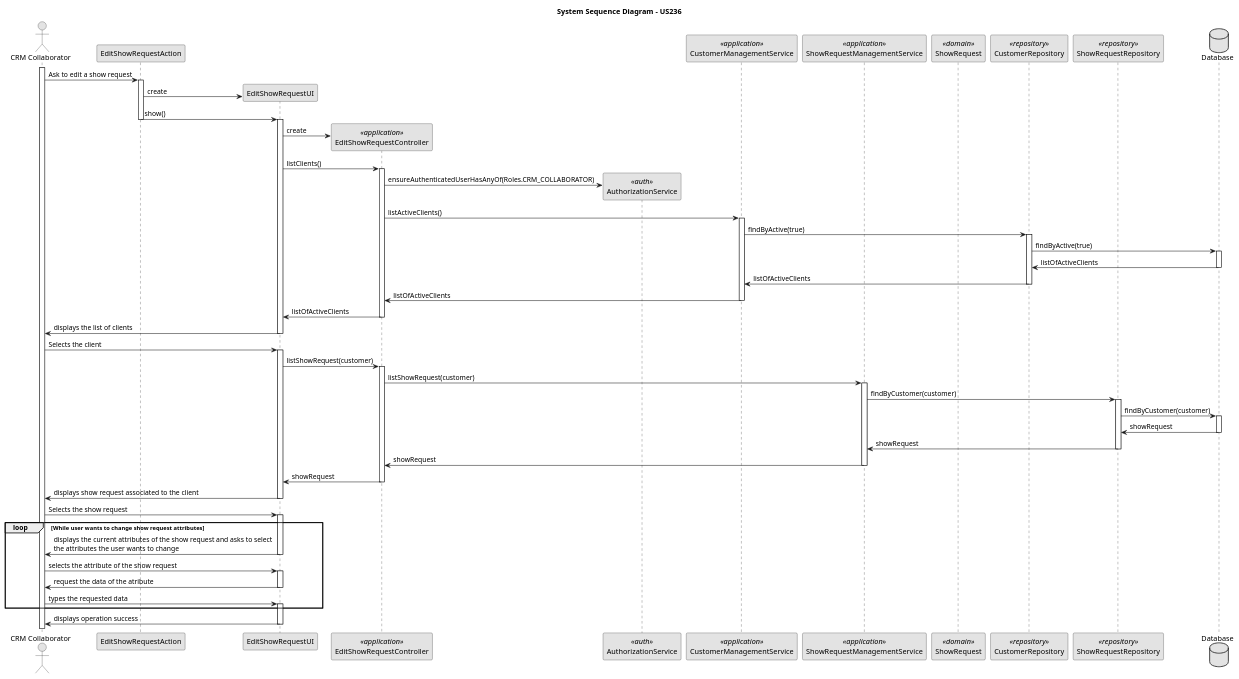
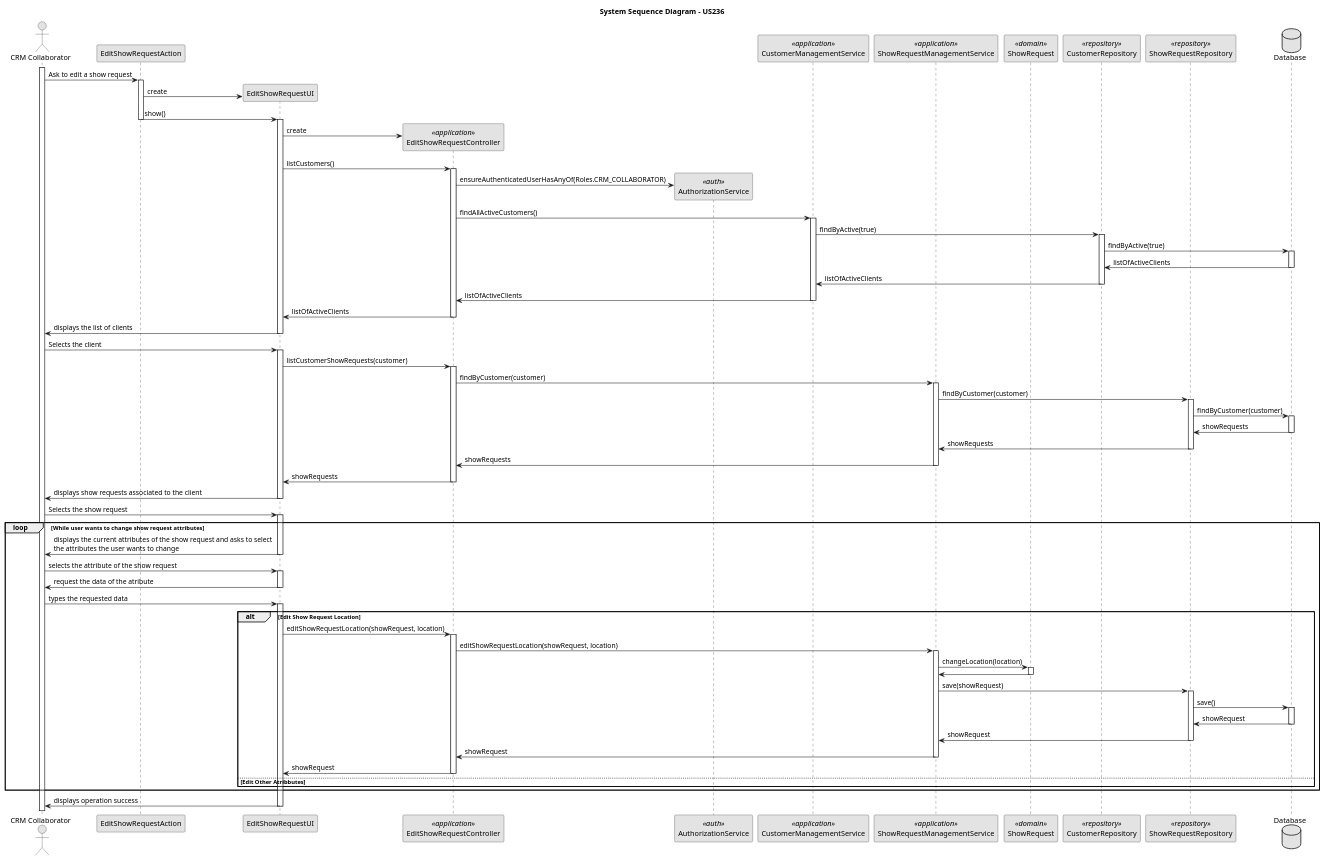
Before and after one commit to rubenFreitas1/ISEP-LAPR4-2024-2025: the diagram in docs/Sprint2/us_236/diagrams/sequence-diagram-US236.puml, drawn with PlantUML. The commit also changed 1 other file, not shown here.

```diff
--- a/docs/Sprint2/us_236/diagrams/sequence-diagram-US236.puml
+++ b/docs/Sprint2/us_236/diagrams/sequence-diagram-US236.puml
@@ -1,109 +1,141 @@
 @startuml
 skinparam monochrome true
 skinparam packageStyle rectangle
 skinparam shadowing false
 
 actor "CRM Collaborator" as crmCollaborator
 participant "EditShowRequestAction" as ACTION
 participant "EditShowRequestUI" as UI
 participant "EditShowRequestController" as CTRL <<application>>
 participant "AuthorizationService" as AuthorizationService <<auth>>
 participant "CustomerManagementService" as CustomerManagementService <<application>>
 participant "ShowRequestManagementService" as ShowRequestManagementService <<application>>
 participant "ShowRequest" as ShowRequest <<domain>>
 participant "CustomerRepository" as CustomerRepository <<repository>>
 participant "ShowRequestRepository" as ShowRequestRepository <<repository>>
 database "Database" as Database
 
 title System Sequence Diagram - US236
 
- activate crmCollaborator
+activate crmCollaborator
 
      crmCollaborator -> ACTION : Ask to edit a show request
      activate ACTION
 
         ACTION -> UI**: create
         ACTION -> UI : show()
         deactivate ACTION
 
         activate UI
 
             UI -> CTRL**: create
-            UI -> CTRL : listClients()
+            UI -> CTRL : listCustomers()
             activate CTRL
 
                 CTRL -> AuthorizationService** : ensureAuthenticatedUserHasAnyOf(Roles.CRM_COLLABORATOR)
-                CTRL -> CustomerManagementService : listActiveClients()
+                CTRL -> CustomerManagementService : findAllActiveCustomers()
                 activate CustomerManagementService
 
                     CustomerManagementService -> CustomerRepository : findByActive(true)
                     activate CustomerRepository
 
                         CustomerRepository -> Database : findByActive(true)
                         activate Database
 
                             Database -> CustomerRepository : listOfActiveClients
                         deactivate Database
 
                         CustomerRepository -> CustomerManagementService : listOfActiveClients
                     deactivate CustomerRepository
 
                     CustomerManagementService -> CTRL : listOfActiveClients
                 deactivate CustomerManagementService
 
                 CTRL -> UI : listOfActiveClients
             deactivate CTRL
             UI -> crmCollaborator : displays the list of clients
      deactivate UI
 
      crmCollaborator -> UI : Selects the client
      activate UI
 
-        UI -> CTRL : listShowRequest(customer)
+        UI -> CTRL : listCustomerShowRequests(customer)
         activate CTRL
 
-            CTRL -> ShowRequestManagementService : listShowRequest(customer)
+            CTRL -> ShowRequestManagementService : findByCustomer(customer)
             activate ShowRequestManagementService
 
                 ShowRequestManagementService -> ShowRequestRepository : findByCustomer(customer)
                 activate ShowRequestRepository
 
                     ShowRequestRepository -> Database : findByCustomer(customer)
                     activate Database
 
-                        Database -> ShowRequestRepository : showRequest
+                        Database -> ShowRequestRepository : showRequests
                     deactivate Database
 
-                    ShowRequestRepository -> ShowRequestManagementService : showRequest
+                    ShowRequestRepository -> ShowRequestManagementService : showRequests
                 deactivate ShowRequestRepository
 
-                ShowRequestManagementService -> CTRL : showRequest
+                ShowRequestManagementService -> CTRL : showRequests
             deactivate ShowRequestManagementService
 
-            CTRL -> UI : showRequest
+            CTRL -> UI : showRequests
         deactivate CTRL
 
-        UI -> crmCollaborator : displays show request associated to the client
+        UI -> crmCollaborator : displays show requests associated to the client
      deactivate UI
 
      crmCollaborator -> UI : Selects the show request
      activate UI
 
           loop While user wants to change show request attributes
           UI -> crmCollaborator : displays the current attributes of the show request and asks to select \nthe attributes the user wants to change
      deactivate UI
 
      crmCollaborator -> UI : selects the attribute of the show request
      activate UI
 
         UI -> crmCollaborator : request the data of the atribute
      deactivate UI
 
      crmCollaborator -> UI: types the requested data
      activate UI
 
-         end
-         UI -> crmCollaborator : displays operation success
+        alt Edit Show Request Location
+        UI -> CTRL : editShowRequestLocation(showRequest, location)
+        activate CTRL
+
+            CTRL -> ShowRequestManagementService : editShowRequestLocation(showRequest, location)
+            activate ShowRequestManagementService
+
+                ShowRequestManagementService -> ShowRequest : changeLocation(location)
+                activate ShowRequest
+
+                    ShowRequest -> ShowRequestManagementService :
+                deactivate ShowRequest
+
+                ShowRequestManagementService -> ShowRequestRepository : save(showRequest)
+                activate ShowRequestRepository
+
+                    ShowRequestRepository -> Database : save()
+                    activate Database
+
+                        Database -> ShowRequestRepository : showRequest
+                    deactivate Database
+
+                    ShowRequestRepository -> ShowRequestManagementService : showRequest
+                deactivate ShowRequestRepository
+                ShowRequestManagementService -> CTRL : showRequest
+            deactivate ShowRequestManagementService
+
+            CTRL -> UI : showRequest
+        deactivate CTRL
+
+        else Edit Other Atribbutes
+        end
+        end
+        UI -> crmCollaborator : displays operation success
      deactivate UI
 
  @enduml
```
